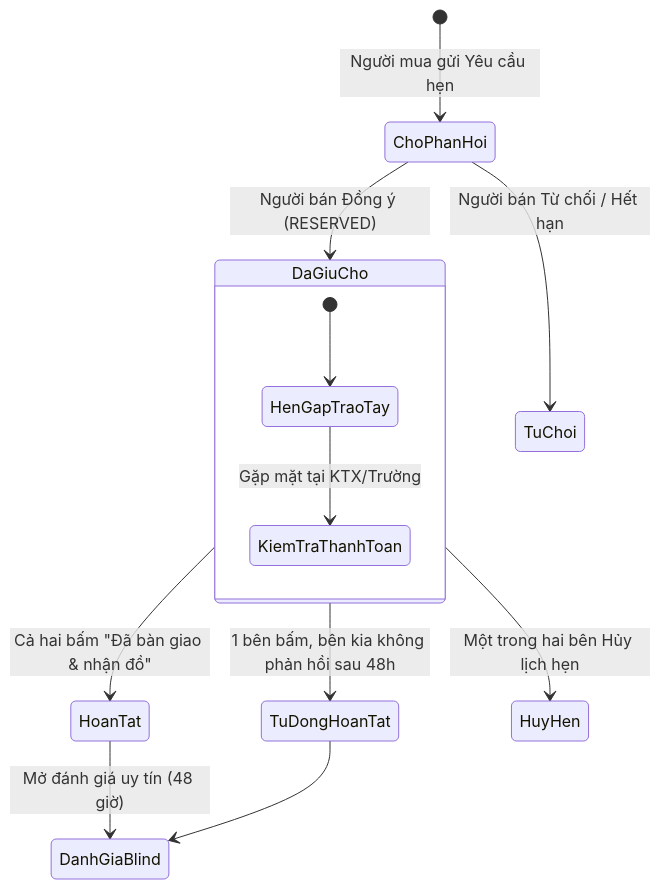
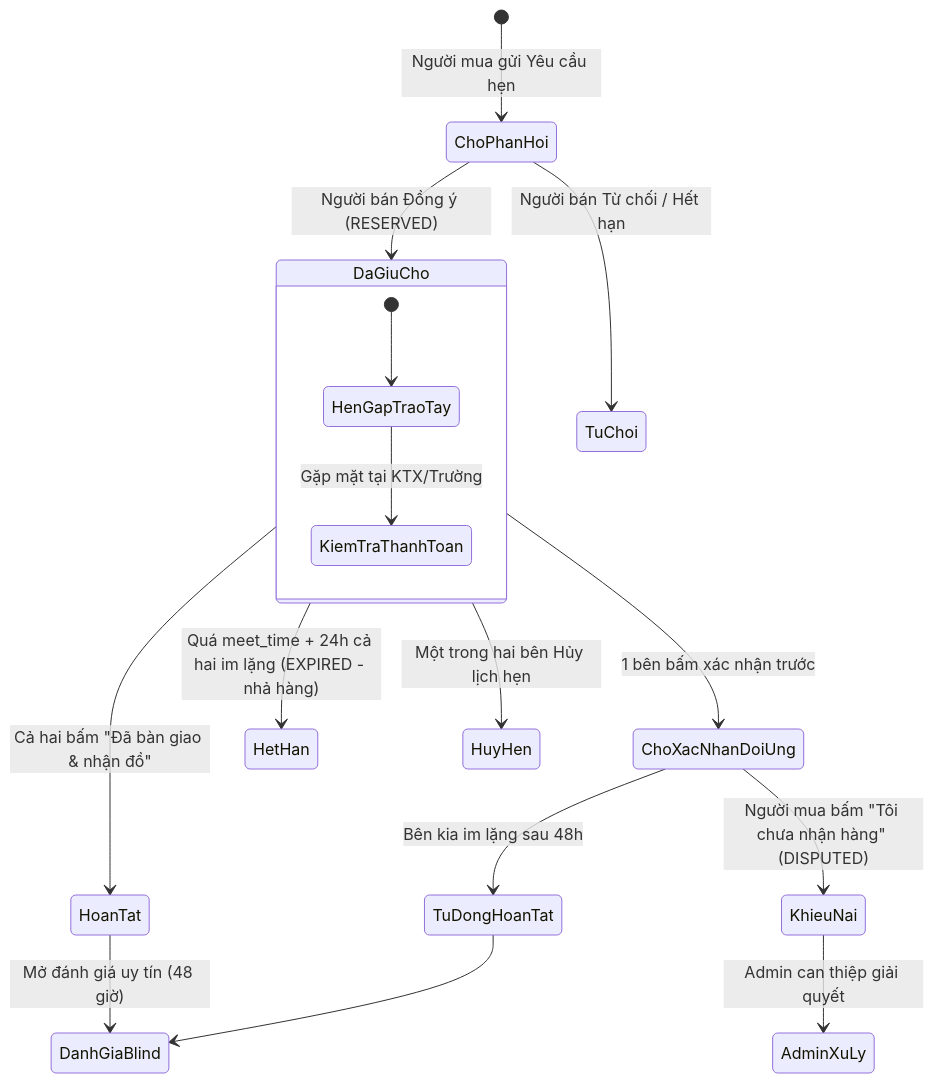
The diagram in docs/ui-ux.md (Tran-Thi-Bich-Hanh/UniCycle), drawn with Mermaid before and after one commit. The commit also changed other lines of this file and 10 other files, not shown here.

````diff
--- a/docs/ui-ux.md
+++ b/docs/ui-ux.md
@@ -218,18 +218,23 @@
 ```mermaid
 stateDiagram-v2
     [*] --> ChoPhanHoi: Người mua gửi Yêu cầu hẹn
     ChoPhanHoi --> DaGiuCho: Người bán Đồng ý (RESERVED)
     ChoPhanHoi --> TuChoi: Người bán Từ chối / Hết hạn
     
     state DaGiuCho {
         [*] --> HenGapTraoTay
         HenGapTraoTay --> KiemTraThanhToan: Gặp mặt tại KTX/Trường
     }
     
     DaGiuCho --> HoanTat: Cả hai bấm "Đã bàn giao & nhận đồ"
-    DaGiuCho --> TuDongHoanTat: 1 bên bấm, bên kia không phản hồi sau 48h
+    DaGiuCho --> ChoXacNhanDoiUng: 1 bên bấm xác nhận trước
+    ChoXacNhanDoiUng --> TuDongHoanTat: Bên kia im lặng sau 48h
+    ChoXacNhanDoiUng --> KhieuNai: Người mua bấm "Tôi chưa nhận hàng" (DISPUTED)
+    
+    DaGiuCho --> HetHan: Quá meet_time + 24h cả hai im lặng (EXPIRED - nhả hàng)
     DaGiuCho --> HuyHen: Một trong hai bên Hủy lịch hẹn
     
     HoanTat --> DanhGiaBlind: Mở đánh giá uy tín (48 giờ)
     TuDongHoanTat --> DanhGiaBlind
+    KhieuNai --> AdminXuLy: Admin can thiệp giải quyết
 ```
````
